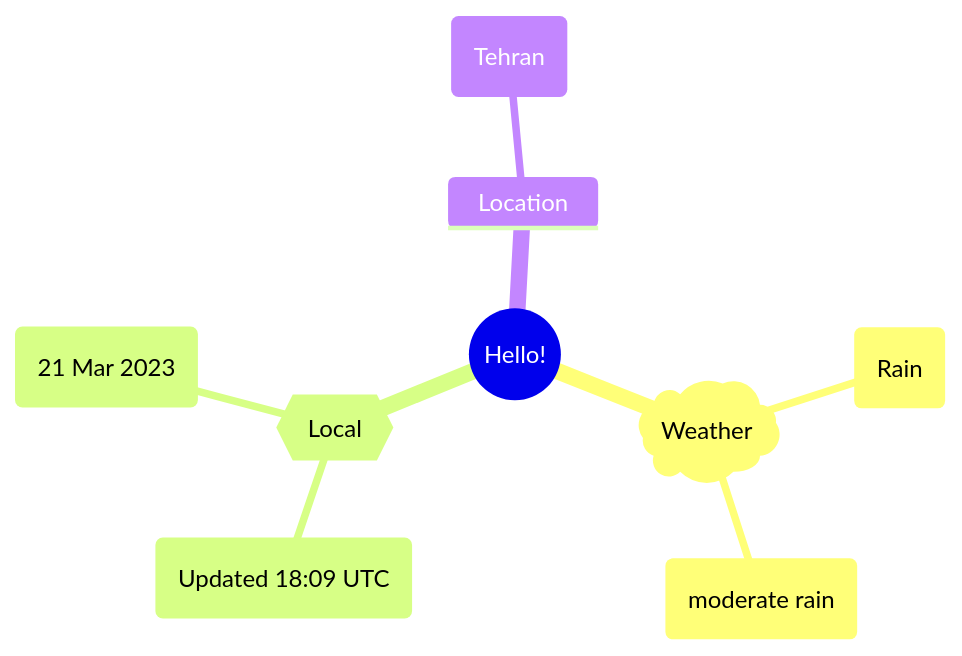
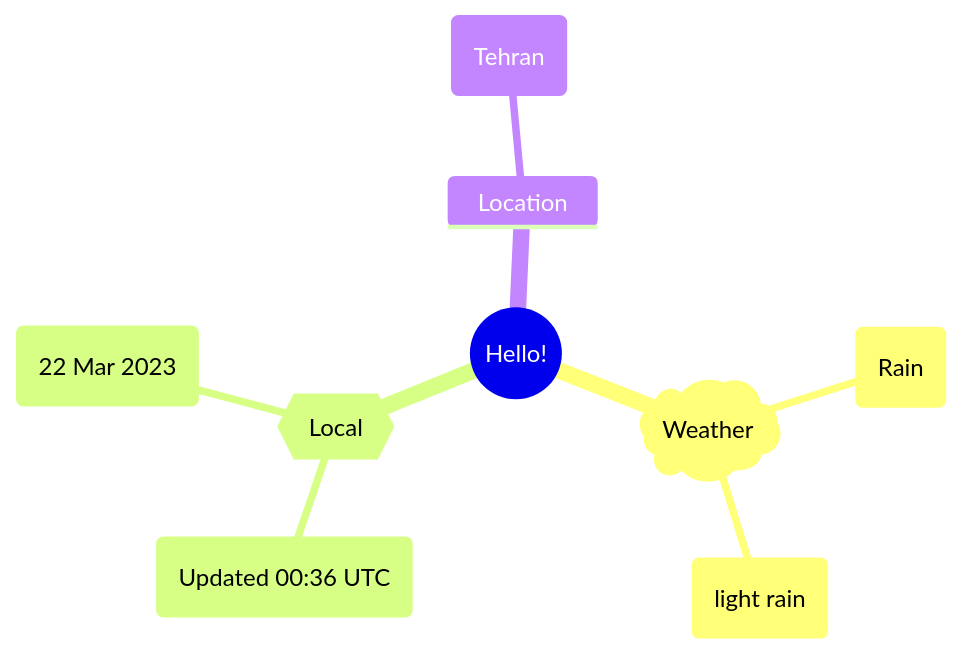
Before and after one commit to Xosrov/Xosrov: the first of 2 diagrams in README.md, drawn with Mermaid.

Commit message:
[bot] updated images

````diff
--- a/README.md
+++ b/README.md
@@ -3,12 +3,12 @@
 ```mermaid
 mindmap
   root((Hello!))
     )Weather(
         (Rain)
-        (moderate rain)
+        (light rain)
     {{Local}}
-        (Updated 18:09 UTC)
-        (21 Mar 2023)
+        (Updated 00:36 UTC)
+        (22 Mar 2023)
     Location
         (Tehran)
 ```
````
